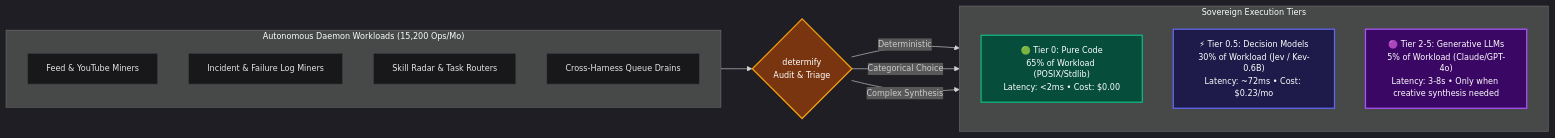
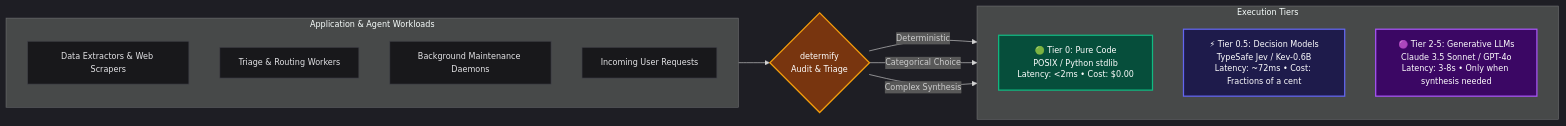
Before and after one commit to rodericklm1/determify: the second of 2 diagrams in README.md, drawn with Mermaid. The commit also changed other lines of this file and 9 other files, not shown here.

````diff
--- a/README.md
+++ b/README.md
@@ -126,36 +124,36 @@
 ```mermaid
 %%{init: {'theme': 'dark', 'themeVariables': { 'fontSize': '13px' }}}%%
 flowchart LR
-    subgraph INGRESS["Autonomous Daemon Workloads (15,200 Ops/Mo)"]
+    subgraph INGRESS["Application & Agent Workloads"]
         direction TB
-        W1["Feed & YouTube Miners"]
-        W2["Incident & Failure Log Miners"]
-        W3["Skill Radar & Task Routers"]
-        W4["Cross-Harness Queue Drains"]
+        W1["Data Extractors & Web Scrapers"]
+        W2["Triage & Routing Workers"]
+        W3["Background Maintenance Daemons"]
+        W4["Incoming User Requests"]
     end
 
     INGRESS --> SCAN{"determify\nAudit & Triage"}
 
-    subgraph TIERS["Sovereign Execution Tiers"]
+    subgraph TIERS["Execution Tiers"]
         direction TB
-        T0["🟢 Tier 0: Pure Code\n65% of Workload (POSIX/Stdlib)\nLatency: <2ms • Cost: $0.00"]
-        T05["⚡ Tier 0.5: Decision Models\n30% of Workload (Jev / Kev-0.6B)\nLatency: ~72ms • Cost: $0.23/mo"]
-        T2["🟣 Tier 2-5: Generative LLMs\n5% of Workload (Claude/GPT-4o)\nLatency: 3-8s • Only when creative synthesis needed"]
+        T0["🟢 Tier 0: Pure Code\nPOSIX / Python stdlib\nLatency: <2ms • Cost: $0.00"]
+        T05["⚡ Tier 0.5: Decision Models\nTypeSafe Jev / Kev-0.6B\nLatency: ~72ms • Cost: Fractions of a cent"]
+        T2["🟣 Tier 2-5: Generative LLMs\nClaude 3.5 Sonnet / GPT-4o\nLatency: 3-8s • Only when synthesis needed"]
     end
 
     SCAN -- "Deterministic" --> T0
     SCAN -- "Categorical Choice" --> T05
     SCAN -- "Complex Synthesis" --> T2
 
     classDef tier0 fill:#064e3b,stroke:#10b981,stroke-width:2px,color:#fff;
     classDef tier05 fill:#1e1b4b,stroke:#6366f1,stroke-width:2px,color:#fff;
     classDef tier2 fill:#3b0764,stroke:#a855f7,stroke-width:2px,color:#fff;
     classDef ingress fill:#18181b,stroke:#3f3f46,stroke-width:1px,color:#e4e4e7;
     classDef scanner fill:#78350f,stroke:#f59e0b,stroke-width:2px,color:#fff;
 
     class T0 tier0;
     class T05 tier05;
     class T2 tier2;
     class W1,W2,W3,W4 ingress;
     class SCAN scanner;
 ```
````
